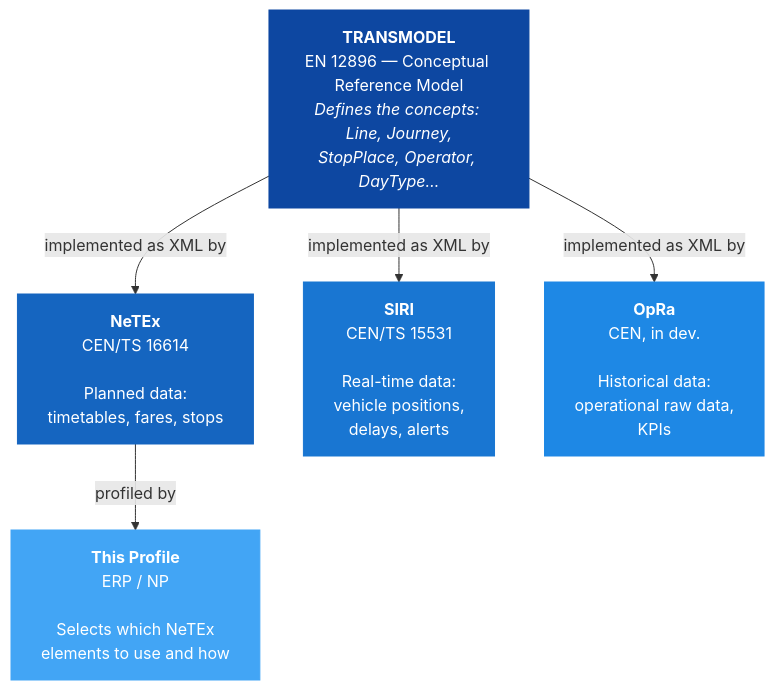
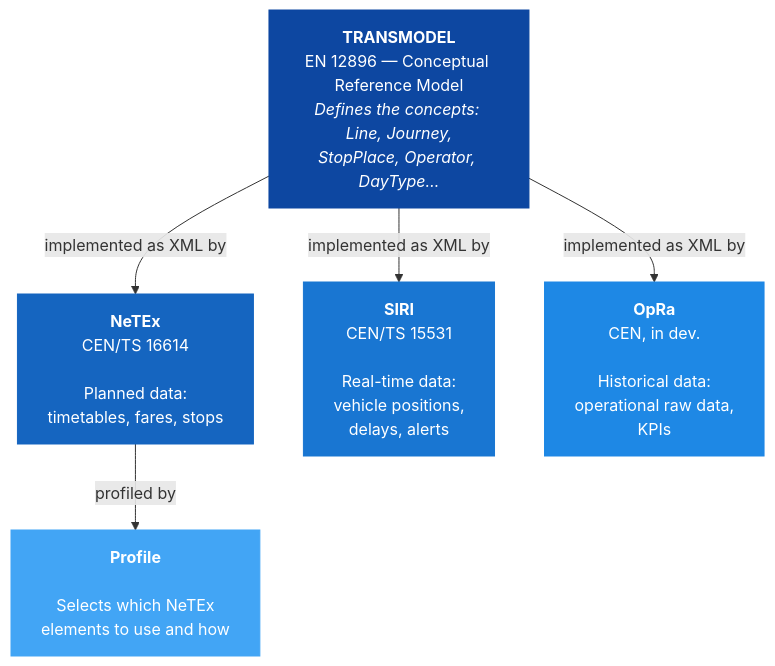
The first of 3 diagrams in Guides/GetStarted/GetStarted_Guide.md (hfjelstad/NeTEx_UIC_Migration), drawn with Mermaid before and after one commit. The commit also changed other lines of this file and 4 other files, not shown here.

````diff
--- a/Guides/GetStarted/GetStarted_Guide.md
+++ b/Guides/GetStarted/GetStarted_Guide.md
@@ -21,22 +29,26 @@
 ```mermaid
 flowchart TD
     TM["<b>TRANSMODEL</b><br/>EN 12896 — Conceptual Reference Model<br/><i>Defines the concepts: Line, Journey,<br/>StopPlace, Operator, DayType…</i>"]
 
     TM -->|"implemented as XML by"| NeTEx
     TM -->|"implemented as XML by"| SIRI
     TM -->|"implemented as XML by"| OpRa
 
     NeTEx["<b>NeTEx</b><br/>CEN/TS 16614<br/><br/>Planned data:<br/>timetables, fares, stops"]
     SIRI["<b>SIRI</b><br/>CEN/TS 15531<br/><br/>Real-time data:<br/>vehicle positions,<br/>delays, alerts"]
     OpRa["<b>OpRa</b><br/>CEN, in dev.<br/><br/>Historical data:<br/>operational raw data,<br/>KPIs"]
 
     NeTEx -->|"profiled by"| PROF
 
-    PROF["<b>This Profile</b><br/>ERP / NP<br/><br/>Selects which NeTEx<br/>elements to use and how"]
+    PROF["<b>Profile</b><br/><br/>Selects which NeTEx<br/>elements to use and how"]
+
+    click TM "https://www.transmodel-cen.eu/" _blank
+    click NeTEx "https://www.netex-cen.eu/" _blank
+    click SIRI "https://www.siri-cen.eu/" _blank
 
     style TM fill:#0D47A1,stroke:#0D47A1,color:#fff
     style NeTEx fill:#1565C0,stroke:#1565C0,color:#fff
     style SIRI fill:#1976D2,stroke:#1976D2,color:#fff
     style OpRa fill:#1E88E5,stroke:#1E88E5,color:#fff
     style PROF fill:#42A5F5,stroke:#42A5F5,color:#fff
 ```
````
